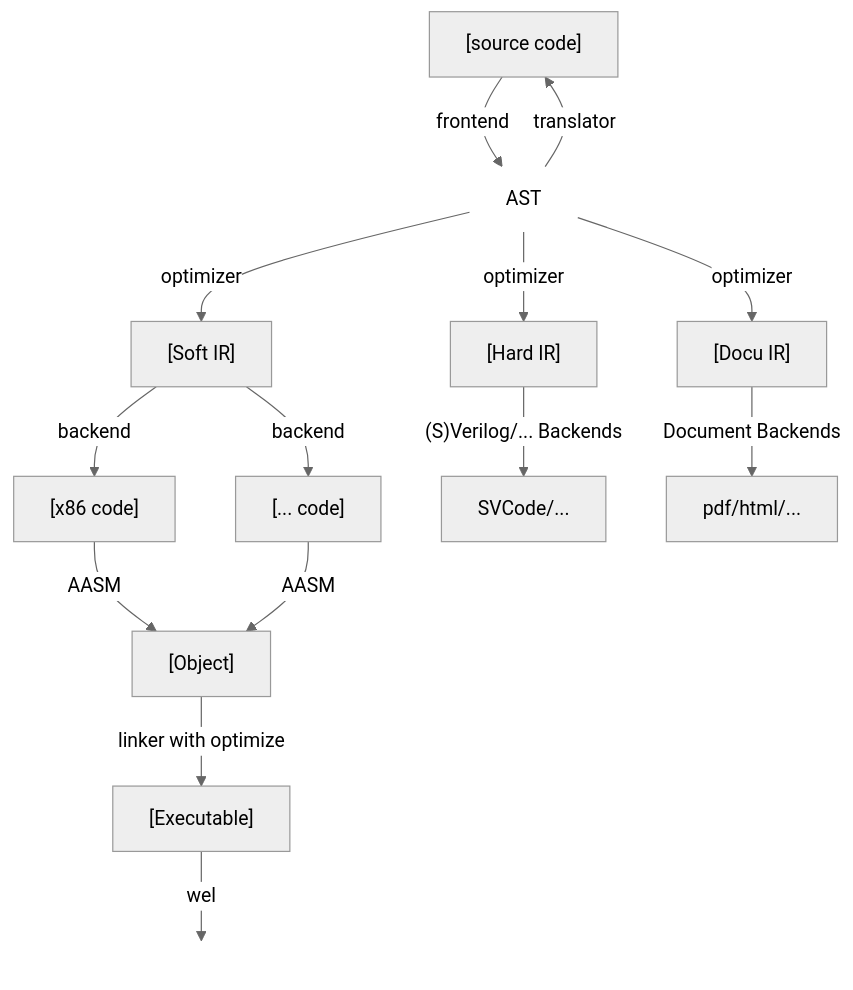
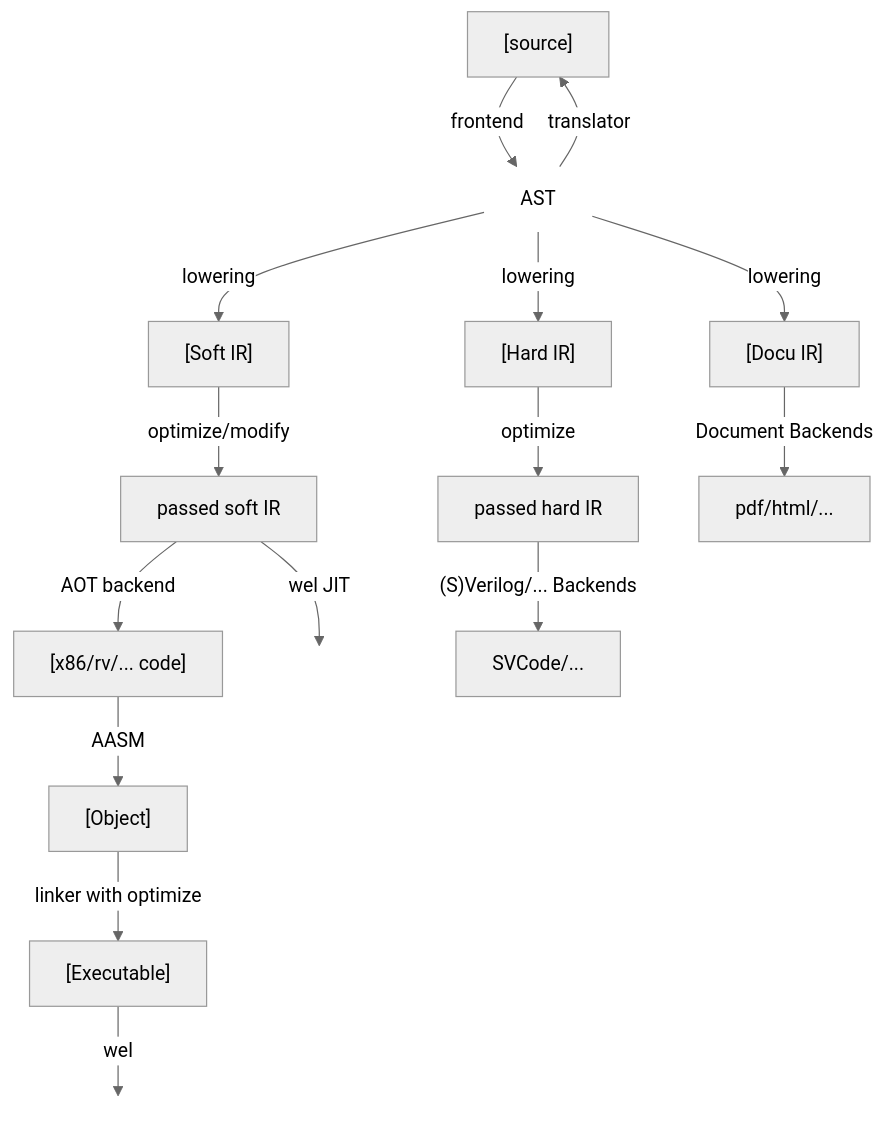
One commit to ArinaMgk/unisym changed the diagram in magic/magice.md. Above: the diagram before and after it, drawn with Mermaid (neutral theme). The commit also changed 35 other files, not shown here.

````diff
--- a/magic/magice.md
+++ b/magic/magice.md
@@ -5,29 +5,30 @@
 ```mermaid
 flowchart TB
-    SRC["[source code]"]
+    SRC["[source]"]
     IRs["[Soft IR]"]
     IRh["[Hard IR]"]
     IRd["[Docu IR]"]
-	ASMx86["[x86 code]"]
-	ACMOTH["[... code]"]
+	ASMx86["[x86/rv/... code]"]
     OBJ["[Object]"]
     EXE["[Executable]"]
 
     SRC -->|frontend| H1["AST"]
-    H1 -->|optimizer| IRs
-    H1 -->|optimizer| IRh
-    H1 -->|optimizer| IRd
+    H1 -->|lowering| IRs
+    H1 -->|lowering| IRh
+    H1 -->|lowering| IRd
     H1 -->|translator| SRC
-    IRs -->|backend| ASMx86
-    IRs -->|backend| ACMOTH
+	IRs --> |optimize/modify| IRs0["passed soft IR"]
+    IRs0 -->|AOT backend| ASMx86
+    IRs0 -->|wel JIT| H5[" "]
 	ASMx86 -->|AASM| OBJ
-	ACMOTH -->|AASM| OBJ
     OBJ -->|linker with optimize| EXE
     EXE -->|wel| H2[" "]
 
-	IRh --> |"(S)Verilog/... Backends"| H3["SVCode/..."]
+	IRh --> |optimize| IRh0["passed hard IR"]
+	IRh0 --> |"(S)Verilog/... Backends"| H3["SVCode/..."]
 	IRd --> |"Document Backends"| H4["pdf/html/..."]
 
     style H1 fill:none,stroke:none,color:none
     style H2 fill:none,stroke:none,color:none
+    style H5 fill:none,stroke:none,color:none
 ```
````
